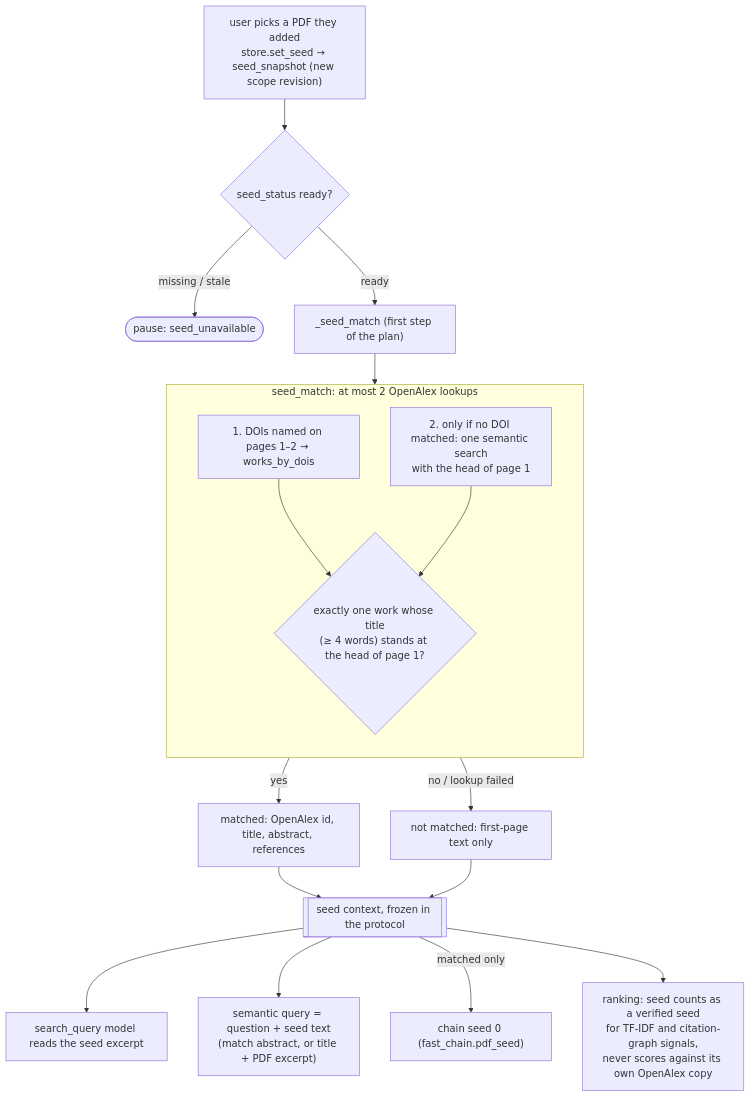
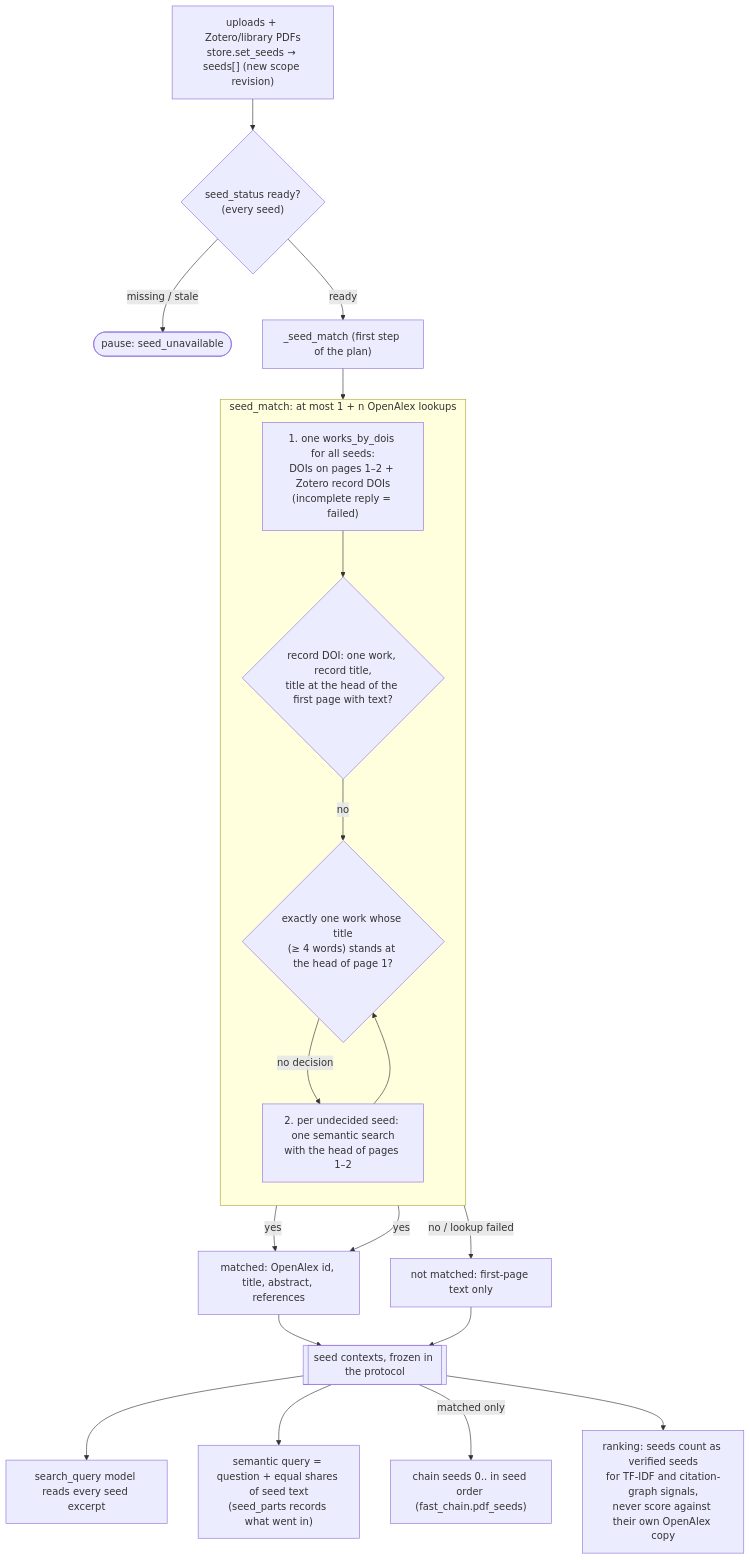
Before and after one commit to huguryildiz/DEIXIS: the third of 7 diagrams in docs/search-architecture.md, drawn with Mermaid. The commit also changed other lines of this file and 29 other files, not shown here.

Commit message:
D3: up to five seed PDFs, uploads and Zotero through one gate (seed_pdf_v2)

````diff
--- a/docs/search-architecture.md
+++ b/docs/search-architecture.md
@@ -57,26 +57,30 @@
 ```mermaid
 flowchart TD
-    PDF["user picks a PDF they added<br/>store.set_seed → seed_snapshot (new scope revision)"] --> ST{"seed_status ready?"}
+    PDF["uploads + Zotero/library PDFs<br/>store.set_seeds → seeds[] (new scope revision)"] --> ST{"seed_status ready?<br/>(every seed)"}
     ST -->|"missing / stale"| SU(["pause: seed_unavailable"])
     ST -->|"ready"| M["_seed_match (first step of the plan)"]
 
-    subgraph M2["seed_match: at most 2 OpenAlex lookups"]
+    subgraph M2["seed_match: at most 1 + n OpenAlex lookups"]
         direction TB
-        DOI["1. DOIs named on pages 1–2 → works_by_dois"]
-        SEMQ["2. only if no DOI matched: one semantic search<br/>with the head of page 1"]
+        DOI["1. one works_by_dois for all seeds:<br/>DOIs on pages 1–2 + Zotero record DOIs<br/>(incomplete reply = failed)"]
+        REC{"record DOI: one work, record title,<br/>title at the head of the first page with text?"}
         RULE{"exactly one work whose title<br/>(≥ 4 words) stands at the head of page 1?"}
-        DOI --> RULE
+        SEMQ["2. per undecided seed: one semantic search<br/>with the head of pages 1–2"]
+        DOI --> REC
+        REC -->|"no"| RULE
+        RULE -->|"no decision"| SEMQ
         SEMQ --> RULE
     end
     M --> M2
-    RULE -->|"yes"| MATCH["matched: OpenAlex id, title, abstract, references"]
+    REC -->|"yes"| MATCH["matched: OpenAlex id, title, abstract, references"]
+    RULE -->|"yes"| MATCH
     RULE -->|"no / lookup failed"| NOM["not matched: first-page text only"]
 
-    MATCH --> CTX[["seed context, frozen in the protocol"]]
+    MATCH --> CTX[["seed contexts, frozen in the protocol"]]
     NOM --> CTX
 
-    CTX --> U1["search_query model reads the seed excerpt"]
-    CTX --> U2["semantic query = question + seed text<br/>(match abstract, or title + PDF excerpt)"]
-    CTX -->|"matched only"| U3["chain seed 0 (fast_chain.pdf_seed)"]
-    CTX --> U4["ranking: seed counts as a verified seed<br/>for TF-IDF and citation-graph signals,<br/>never scores against its own OpenAlex copy"]
+    CTX --> U1["search_query model reads every seed excerpt"]
+    CTX --> U2["semantic query = question + equal shares of seed text<br/>(seed_parts records what went in)"]
+    CTX -->|"matched only"| U3["chain seeds 0.. in seed order (fast_chain.pdf_seeds)"]
+    CTX --> U4["ranking: seeds count as verified seeds<br/>for TF-IDF and citation-graph signals,<br/>never score against their own OpenAlex copy"]
 ```
````
